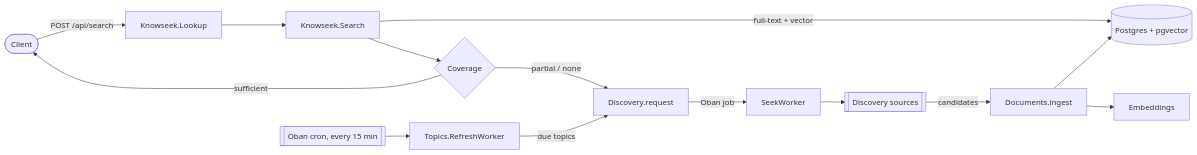
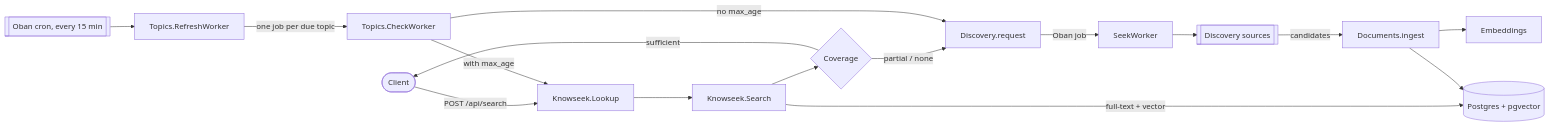
Before and after one commit to williamge/knowseek: the first of 2 diagrams in docs/ARCHITECTURE.md, drawn with Mermaid. The commit also changed other lines of this file and 22 other files, not shown here.

````diff
--- a/docs/ARCHITECTURE.md
+++ b/docs/ARCHITECTURE.md
@@ -5,16 +5,18 @@
 ```mermaid
 flowchart LR
     client([Client]) -->|POST /api/search| lookup[Knowseek.Lookup]
     lookup --> search[Knowseek.Search]
     search -->|full-text + vector| pg[(Postgres + pgvector)]
     search --> coverage{Coverage}
     coverage -->|sufficient| client
     coverage -->|partial / none| enqueue[Discovery.request]
     enqueue -->|Oban job| seek[SeekWorker]
     seek --> sources[[Discovery sources]]
     sources -->|candidates| ingest[Documents.ingest]
     ingest --> embed[Embeddings]
     ingest --> pg
     cron[[Oban cron, every 15 min]] --> refresh[Topics.RefreshWorker]
-    refresh -->|due topics| enqueue
+    refresh -->|one job per due topic| check[Topics.CheckWorker]
+    check -->|no max_age| enqueue
+    check -->|with max_age| lookup
 ```
````
